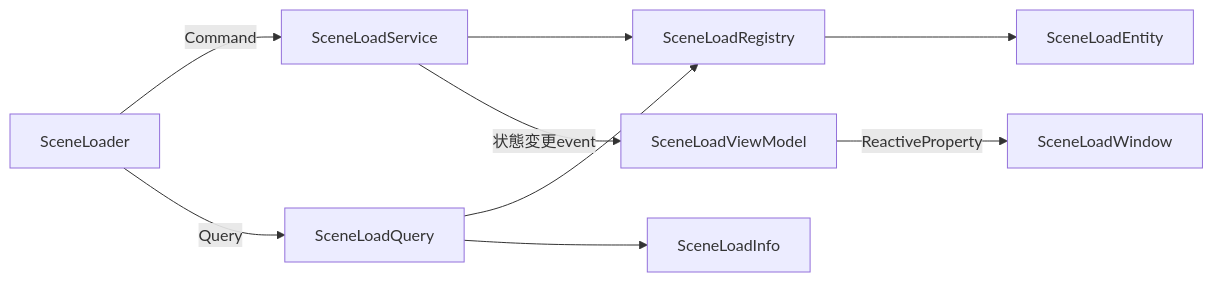
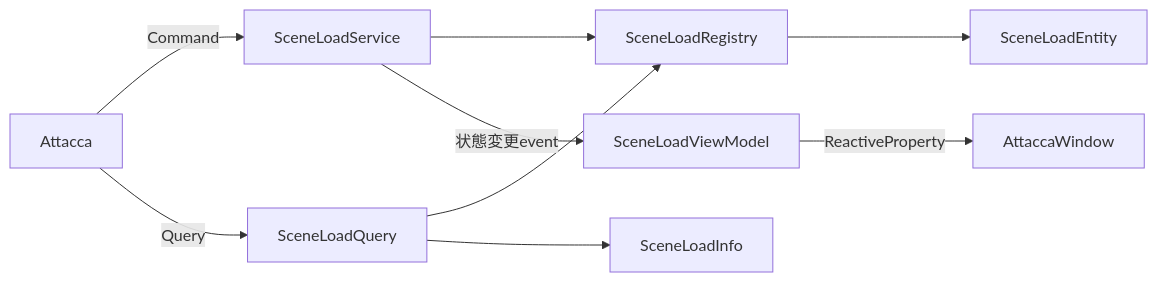
Before and after one commit to HIBIKI5201/SymphonyWorkspace: the sixth of 9 diagrams in Documentation/ModuleInternals.md, drawn with Mermaid. The commit also changed other lines of this file and 8 other files, not shown here.

````diff
--- a/Documentation/ModuleInternals.md
+++ b/Documentation/ModuleInternals.md
@@ -204,11 +209,11 @@
 ```mermaid
 flowchart LR
-    Loader["SceneLoader"] -->|Command| Service["SceneLoadService"]
+    Loader["Attacca"] -->|Command| Service["SceneLoadService"]
     Service --> Registry["SceneLoadRegistry"]
     Registry --> Entity["SceneLoadEntity"]
     Loader -->|Query| Query["SceneLoadQuery"]
     Query --> Registry
     Query --> Info["SceneLoadInfo"]
     Service -->|状態変更event| ViewModel["SceneLoadViewModel"]
-    ViewModel -->|ReactiveProperty| Window["SceneLoadWindow"]
+    ViewModel -->|ReactiveProperty| Window["AttaccaWindow"]
 ```
````
